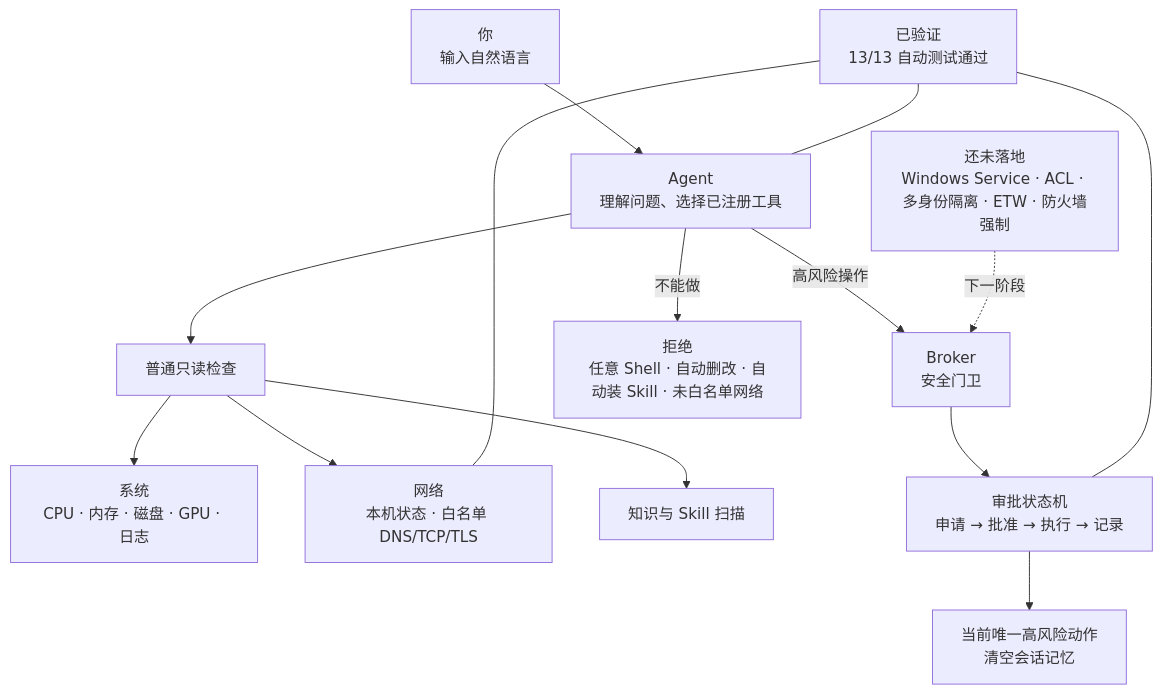
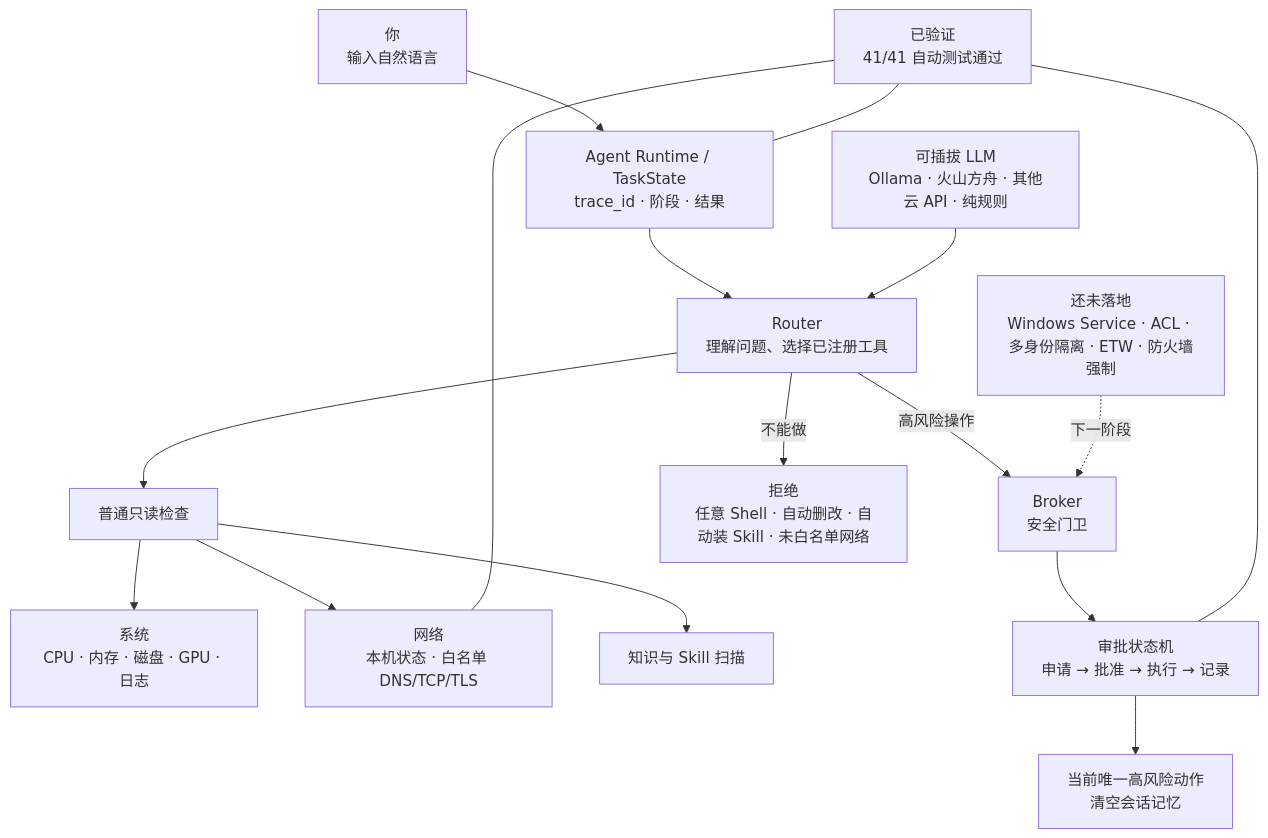
Before and after one commit to Zhangtian-Lin/Ops-Assistant-Agent: the first of 4 diagrams in docs/项目地图.md, drawn with Mermaid. The commit also changed other lines of this file and 72 other files, not shown here.

Commit message:
feat: productionize agent runtime, evals, and CI

````diff
--- a/docs/项目地图.md
+++ b/docs/项目地图.md
@@ -5,21 +5,24 @@
 ```mermaid
 flowchart TB
-    U["你<br/>输入自然语言"] --> A["Agent<br/>理解问题、选择已注册工具"]
+    U["你<br/>输入自然语言"] --> T["Agent Runtime / TaskState<br/>trace_id · 阶段 · 结果"]
+    T --> A["Router<br/>理解问题、选择已注册工具"]
+
+    L["可插拔 LLM<br/>Ollama · 火山方舟 · 其他云 API · 纯规则"] --> A
 
     A --> R["普通只读检查"]
     R --> S["系统<br/>CPU · 内存 · 磁盘 · GPU · 日志"]
     R --> N["网络<br/>本机状态 · 白名单 DNS/TCP/TLS"]
     R --> K["知识与 Skill 扫描"]
 
     A -->|高风险操作| B["Broker<br/>安全门卫"]
     B --> P["审批状态机<br/>申请 → 批准 → 执行 → 记录"]
     P --> X["当前唯一高风险动作<br/>清空会话记忆"]
 
     A -->|不能做| D["拒绝<br/>任意 Shell · 自动删改 · 自动装 Skill · 未白名单网络"]
 
-    T["已验证<br/>13/13 自动测试通过"] --- P
-    T --- N
-    T --- A
+    V["已验证<br/>41/41 自动测试通过"] --- P
+    V --- N
+    V --- T
 
     F["还未落地<br/>Windows Service · ACL · 多身份隔离 · ETW · 防火墙强制"] -.下一阶段.-> B
 ```
````
